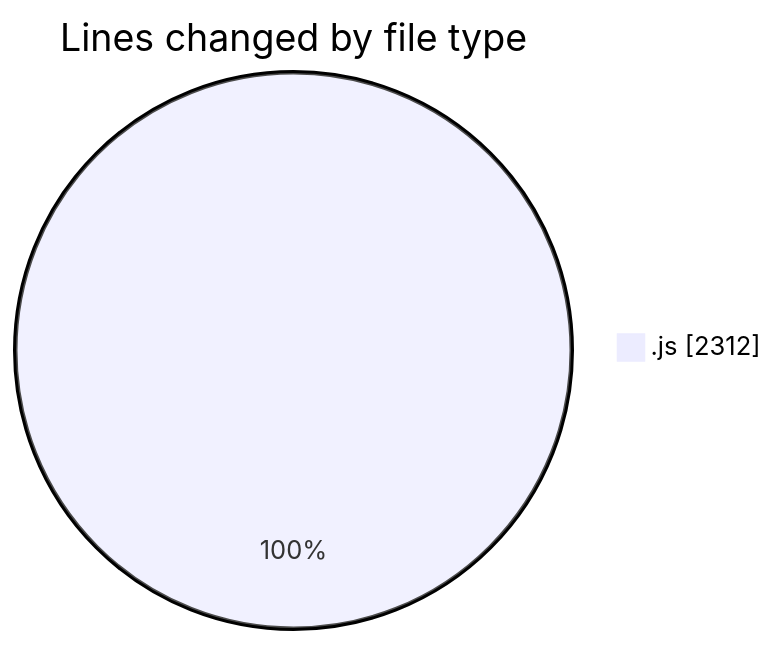
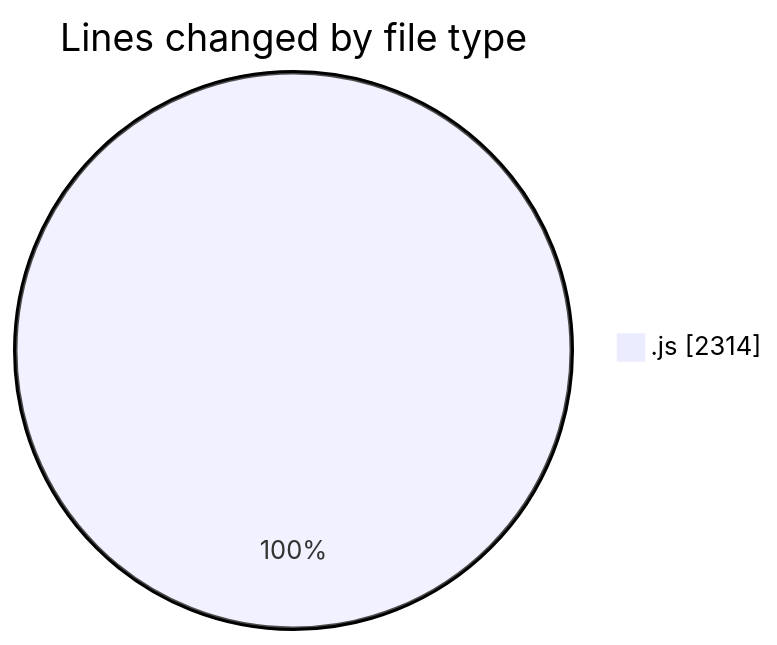
Before and after one commit to nxtqubesakshisongat/code-tracking: the first of 2 diagrams in 2025-08-11/nxtqube_webapp/README.md, drawn with Mermaid. The commit also changed other lines of this file and 1 other file, not shown here.

````diff
--- a/2025-08-11/nxtqube_webapp/README.md
+++ b/2025-08-11/nxtqube_webapp/README.md
@@ -21,5 +21,5 @@
 ```mermaid
 pie showData
 title Lines changed by file type
-".js" : 2312
+".js" : 2314
 ```
````
